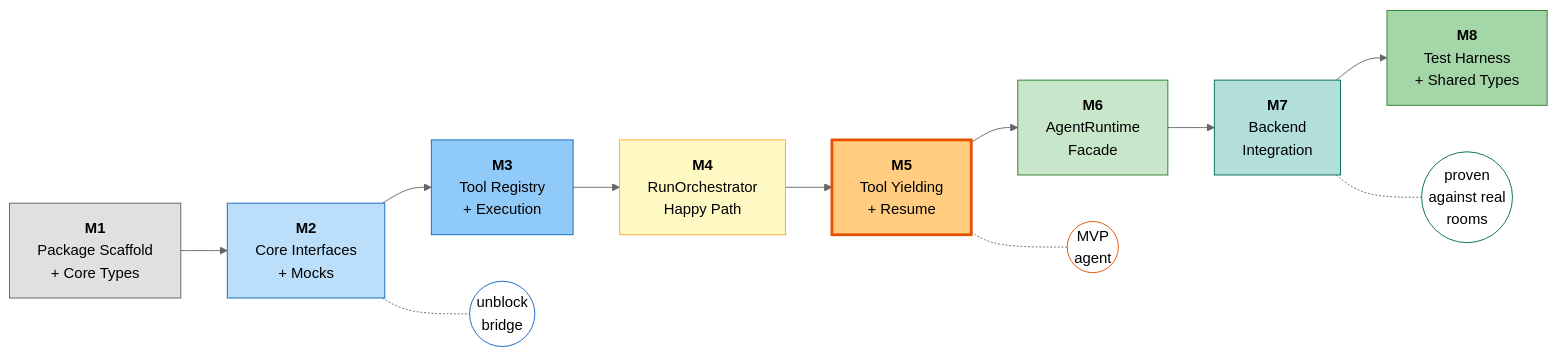
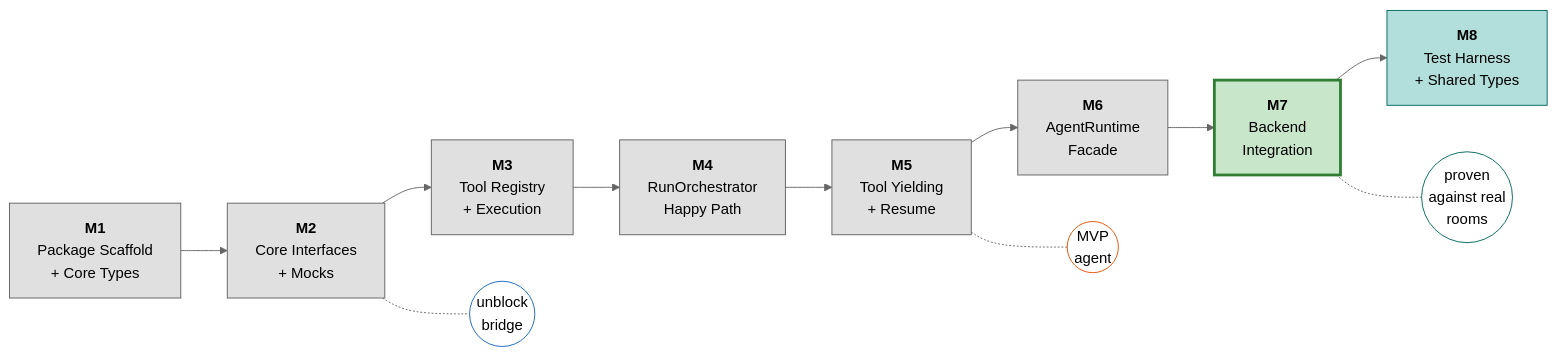
Before and after one commit to runyaga/flutter: the third of 5 diagrams in docs/design/diagrams.md, drawn with Mermaid (neutral theme). The commit also changed other lines of this file and 3 other files, not shown here.

````diff
--- a/docs/design/diagrams.md
+++ b/docs/design/diagrams.md
@@ -96,29 +82,29 @@
 ```mermaid
 graph LR
     M1["<b>M1</b><br/>Package Scaffold<br/>+ Core Types"]
     M2["<b>M2</b><br/>Core Interfaces<br/>+ Mocks"]
     M3["<b>M3</b><br/>Tool Registry<br/>+ Execution"]
     M4["<b>M4</b><br/>RunOrchestrator<br/>Happy Path"]
     M5["<b>M5</b><br/>Tool Yielding<br/>+ Resume"]
     M6["<b>M6</b><br/>AgentRuntime<br/>Facade"]
     M7["<b>M7</b><br/>Backend<br/>Integration"]
     M8["<b>M8</b><br/>Test Harness<br/>+ Shared Types"]
 
     M1 --> M2 --> M3 --> M4 --> M5 --> M6 --> M7 --> M8
 
     M2 -.- Stop1(("unblock<br/>bridge"))
     M5 -.- Stop2(("MVP<br/>agent"))
     M7 -.- Stop3(("proven<br/>against real<br/>rooms"))
 
     style M1 fill:#e0e0e0,stroke:#616161
-    style M2 fill:#bbdefb,stroke:#1565c0
-    style M3 fill:#90caf9,stroke:#1565c0
-    style M4 fill:#fff9c4,stroke:#f9a825
-    style M5 fill:#ffcc80,stroke:#e65100,stroke-width:3px
-    style M6 fill:#c8e6c9,stroke:#2e7d32
-    style M7 fill:#b2dfdb,stroke:#00695c
-    style M8 fill:#a5d6a7,stroke:#2e7d32
+    style M2 fill:#e0e0e0,stroke:#616161
+    style M3 fill:#e0e0e0,stroke:#616161
+    style M4 fill:#e0e0e0,stroke:#616161
+    style M5 fill:#e0e0e0,stroke:#616161
+    style M6 fill:#e0e0e0,stroke:#616161
+    style M7 fill:#c8e6c9,stroke:#2e7d32,stroke-width:3px
+    style M8 fill:#b2dfdb,stroke:#00695c
     style Stop1 fill:#fff,stroke:#1565c0
     style Stop2 fill:#fff,stroke:#e65100
     style Stop3 fill:#fff,stroke:#00695c
 ```
````
